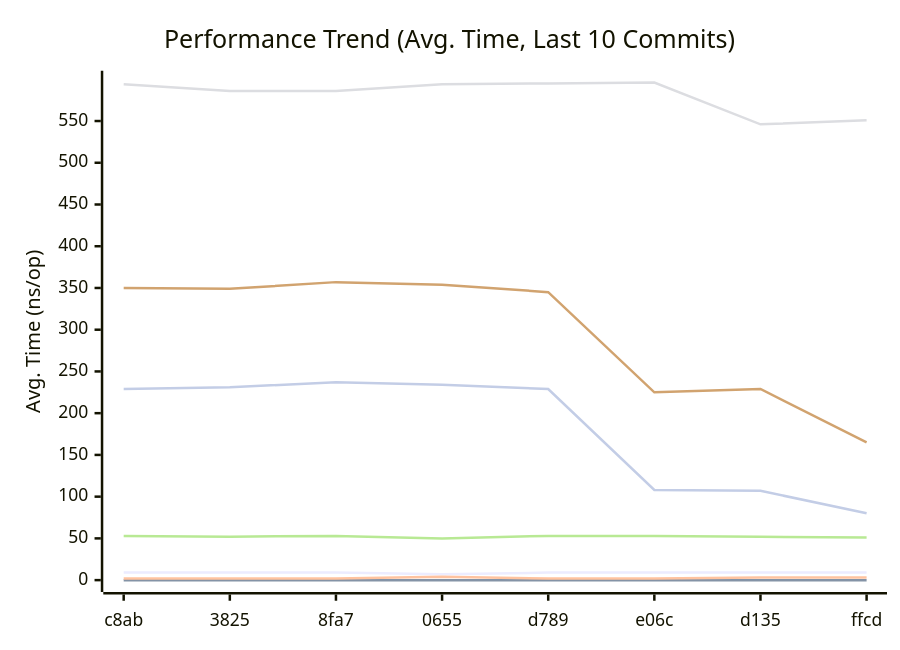
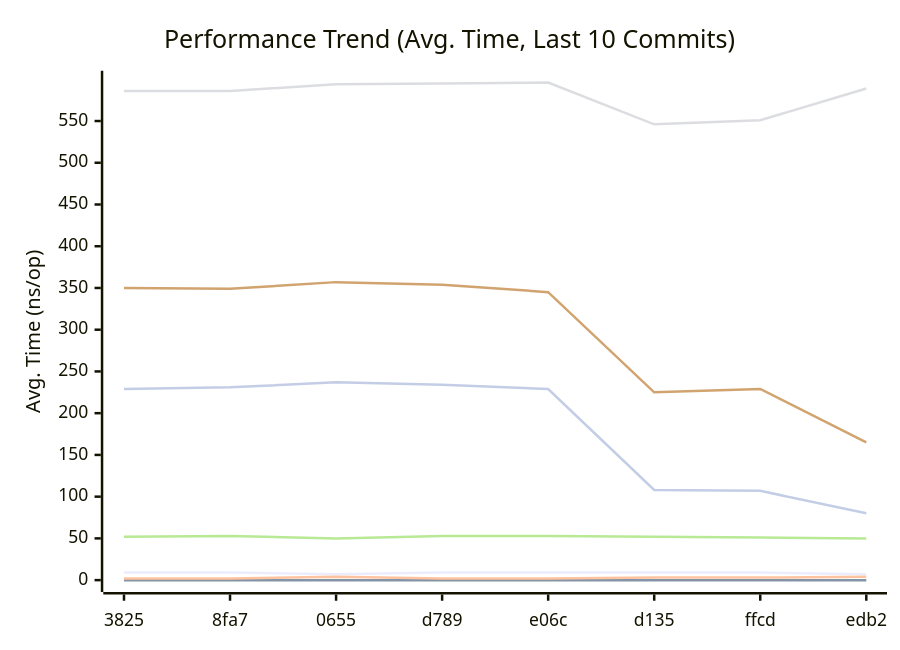
The first of 3 diagrams in docs/README.md (alsotoes/momo), drawn with Mermaid before and after one commit. The commit also changed other lines of this file and 1 other file, not shown here.

````diff
--- a/docs/README.md
+++ b/docs/README.md
@@ -303,14 +303,14 @@
 ```mermaid
 xychart-beta
     title "Performance Trend (Avg. Time, Last 10 Commits)"
     x-axis "Commit"
     y-axis "Avg. Time (ns/op)"
-    x-axis [c8ab,3825,8fa7,0655,d789,e06c,d135,ffcd]
-    line "CheckMetricsAndSwap" [9,9,9,7,9,9,9,9,7,9]
+    x-axis [3825,8fa7,0655,d789,e06c,d135,ffcd,edb2]
+    line "CheckMetricsAndSwap" [9,9,7,9,9,9,9,7,9,9]
     line "IndexDirectTracking" [0,0,0,0,0,0,0,0,0,0]
-    line "IndexSearch" [2,2,2,4,2,2,3,3,4,3]
-    line "LoadGlobalConfig" [594,586,586,594,595,596,546,551,589,552]
-    line "PadString" [53,52,53,50,53,53,52,51,50,50]
+    line "IndexSearch" [2,2,4,2,2,3,3,4,3,3]
+    line "LoadGlobalConfig" [586,586,594,595,596,546,551,589,552,546]
+    line "PadString" [52,53,50,53,53,52,51,50,50,50]
     line "ParseReplicationOrder_NoPrealloc" [350,349,357,354,345,225,229,165,232,234]
     line "ParseReplicationOrder_Prealloc" [229,231,237,234,229,108,107,80,110,109]
 ```
````
